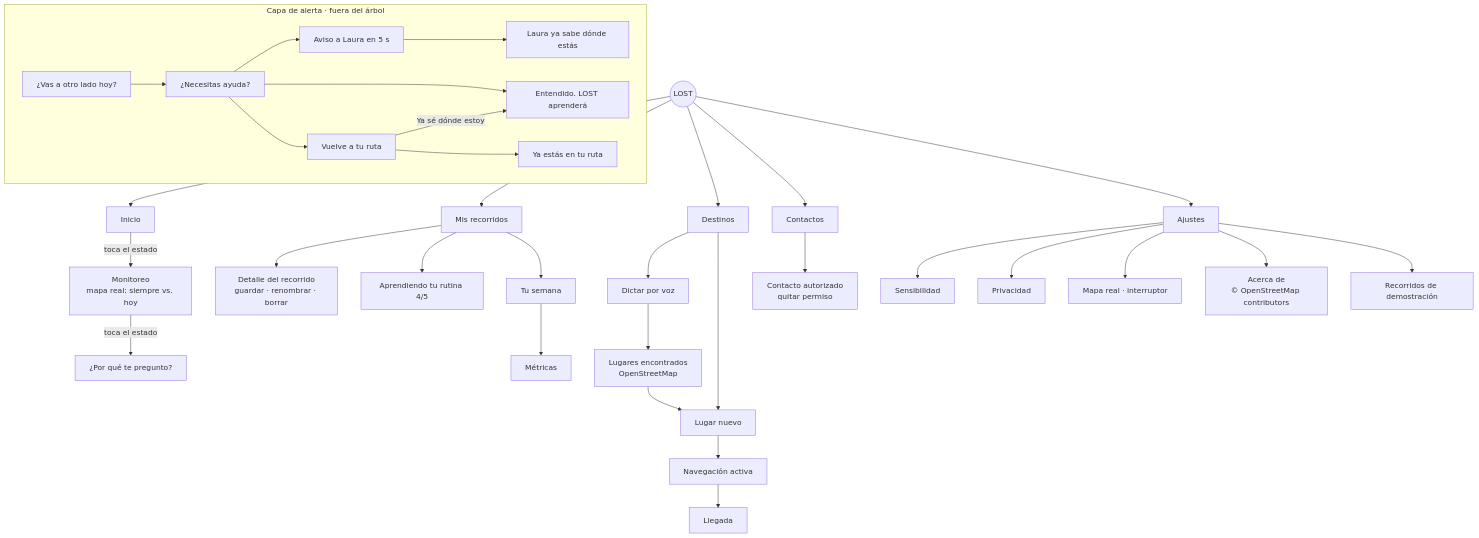
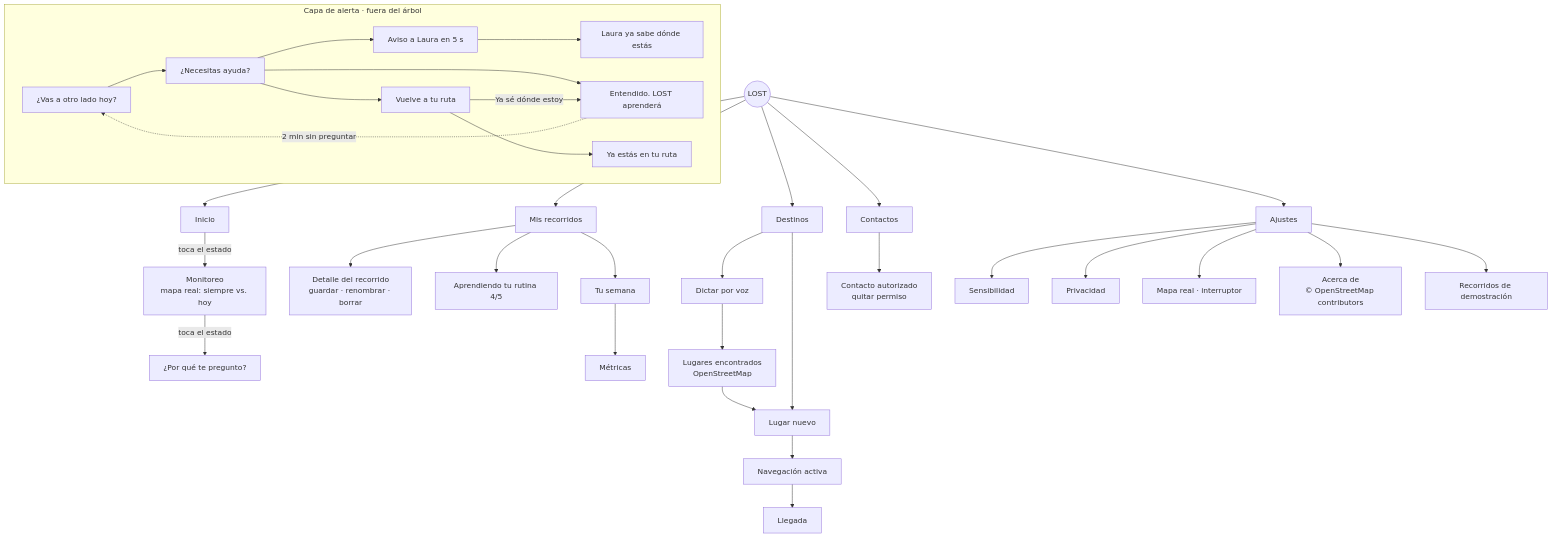
Before and after one commit to ReveloSN/LOST-smartwatch: the diagram in docs/ia/arquitectura-informacion.md, drawn with Mermaid. The commit also changed 2 other files, not shown here.

Commit message:
docs(assistance): documentar la pausa de 2 minutos en el ADR 003 y en avances

````diff
--- a/docs/ia/arquitectura-informacion.md
+++ b/docs/ia/arquitectura-informacion.md
@@ -7,34 +7,35 @@
 ```mermaid
 flowchart TD
     LOST((LOST)) --> HOME[Inicio]
     LOST --> ROUTINES[Mis recorridos]
     LOST --> DEST[Destinos]
     LOST --> CONTACTS[Contactos]
     LOST --> SETTINGS[Ajustes]
 
     HOME -- toca el estado --> MON[Monitoreo<br/>mapa real: siempre vs. hoy]
     MON -- toca el estado --> WHY[¿Por qué te pregunto?]
 
     ROUTINES --> DETAIL[Detalle del recorrido<br/>guardar · renombrar · borrar]
     ROUTINES --> LEARN[Aprendiendo tu rutina 4/5]
     ROUTINES --> WEEK[Tu semana] --> METRICS[Métricas]
 
     DEST --> VOICE[Dictar por voz] --> FOUND[Lugares encontrados<br/>OpenStreetMap] --> NEWPLACE
     DEST --> NEWPLACE[Lugar nuevo] --> GUIDE[Navegación activa] --> ARRIVAL[Llegada]
 
     CONTACTS --> CONTACT[Contacto autorizado<br/>quitar permiso]
 
     SETTINGS --> SENS[Sensibilidad]
     SETTINGS --> PRIV[Privacidad]
     SETTINGS --> REALMAP[Mapa real · interruptor]
     SETTINGS --> ABOUT[Acerca de<br/>© OpenStreetMap contributors]
     SETTINGS --> DEMO[Recorridos de demostración]
 
     subgraph ALERTA [Capa de alerta · fuera del árbol]
         SOFT[¿Vas a otro lado hoy?] --> ASK[¿Necesitas ayuda?] --> GUIDING[Vuelve a tu ruta]
         ASK --> COUNT[Aviso a Laura en 5 s] --> SHARED[Laura ya sabe dónde estás]
         ASK --> ACK[Entendido. LOST aprenderá]
         GUIDING --> BACK[Ya estás en tu ruta]
         GUIDING -- Ya sé dónde estoy --> ACK
+        ACK -. 2 min sin preguntar .-> SOFT
     end
 ```
````
